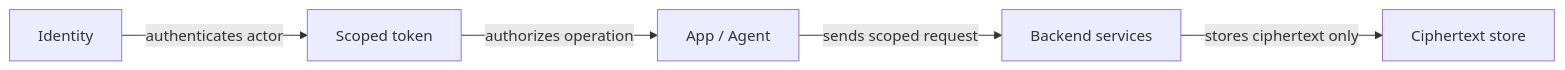
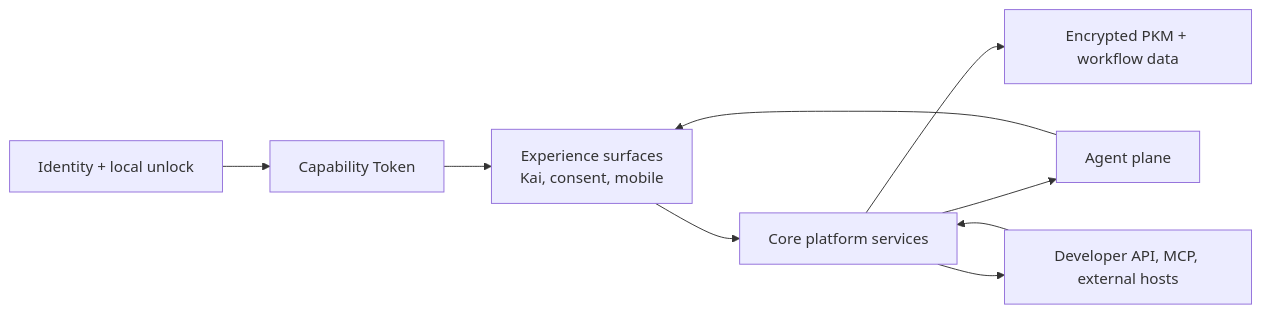
One commit to hushh-labs/hushh-research changed the second of 8 diagrams in docs/reference/architecture/architecture.md. Above: the diagram before and after it, drawn with Mermaid. The commit also changed other lines of this file and 245 other files, not shown here.

````diff
--- a/docs/reference/architecture/architecture.md
+++ b/docs/reference/architecture/architecture.md
@@ -7,13 +239,19 @@
 ```mermaid
 flowchart LR
-  identity["Identity"]
-  token["Scoped token"]
-  app["App / Agent"]
-  backend["Backend services"]
-  store["Ciphertext store"]
+  identity["Identity + local unlock"]
+  token["Capability Token"]
+  experience["Experience surfaces<br/>Kai, consent, mobile"]
+  services["Core platform services"]
+  data["Encrypted PKM + workflow data"]
+  agents["Agent plane"]
+  channels["Developer API, MCP, external hosts"]
 
-  identity -->|authenticates actor| token
-  token -->|authorizes operation| app
-  app -->|sends scoped request| backend
-  backend -->|stores ciphertext only| store
+  identity --> token
+  token --> experience
+  experience --> services
+  services --> data
+  services --> agents
+  agents --> experience
+  services --> channels
+  channels --> services
 ```
````
